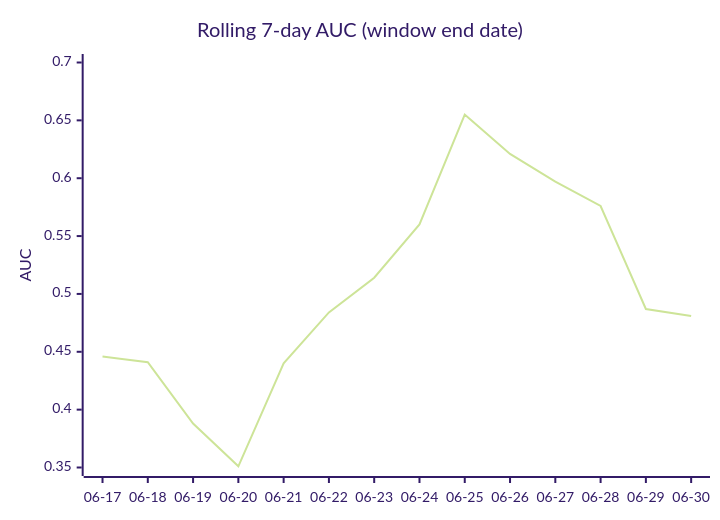
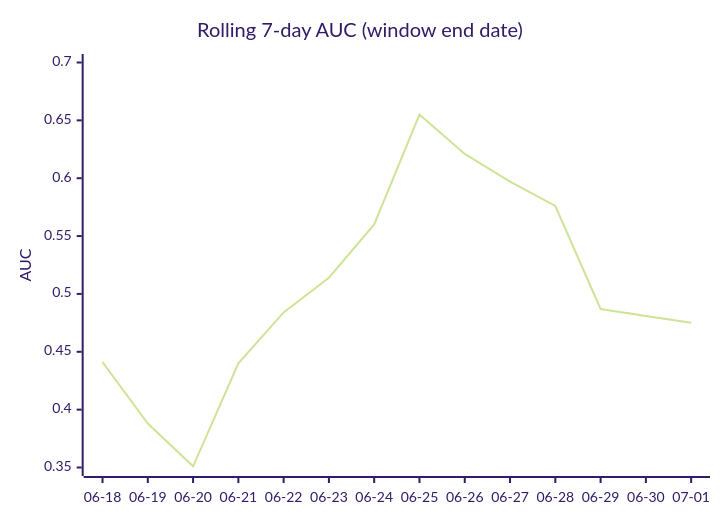
One commit to dpk1212/nhl-savant changed the fourth of 5 diagrams in DAILY_AGSU_REPORT.md. Above: the diagram before and after it, drawn with Mermaid (forest theme). The commit also changed other lines of this file, not shown here.

````diff
--- a/DAILY_AGSU_REPORT.md
+++ b/DAILY_AGSU_REPORT.md
@@ -528,7 +526,7 @@
 ```mermaid
 xychart-beta
     title "Rolling 7-day AUC (window end date)"
-    x-axis ["06-17", "06-18", "06-19", "06-20", "06-21", "06-22", "06-23", "06-24", "06-25", "06-26", "06-27", "06-28", "06-29", "06-30"]
+    x-axis ["06-18", "06-19", "06-20", "06-21", "06-22", "06-23", "06-24", "06-25", "06-26", "06-27", "06-28", "06-29", "06-30", "07-01"]
     y-axis "AUC" 0.35 --> 0.7
-    line [0.446, 0.441, 0.388, 0.351, 0.44, 0.484, 0.514, 0.56, 0.655, 0.621, 0.597, 0.576, 0.487, 0.481]
+    line [0.441, 0.388, 0.351, 0.44, 0.484, 0.514, 0.56, 0.655, 0.621, 0.597, 0.576, 0.487, 0.481, 0.475]
 ```
````
